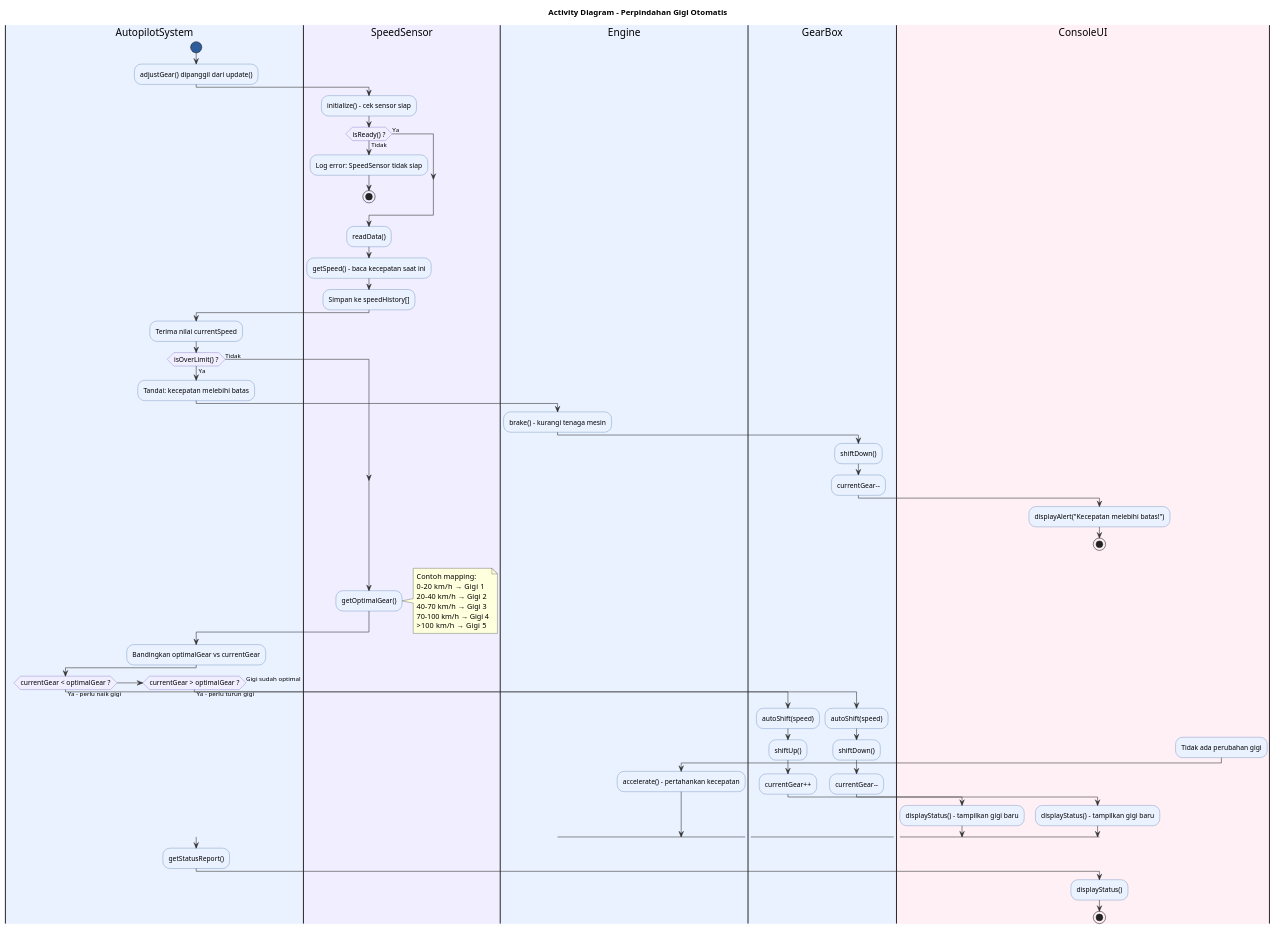
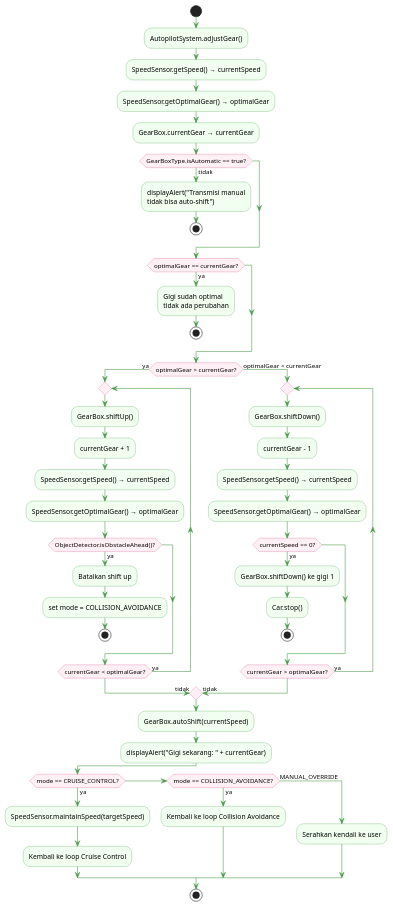
The diagram in PerFitur/PerpindahanGigiOtomatis.wsd (Musya351/OOP1), drawn with PlantUML before and after one commit. The commit also changed 5 other files, not shown here.

```diff
--- a/PerFitur/PerpindahanGigiOtomatis.wsd
+++ b/PerFitur/PerpindahanGigiOtomatis.wsd
@@ -1,91 +1,76 @@
-@startuml 2_PerpindahanGigiOtomatis
+@startuml PerpindahanGigiOtomatis
 
-skinparam ActivityBackgroundColor #EAF2FF
-skinparam ActivityBorderColor #2E5B9A
-skinparam ActivityFontSize 12
-skinparam ArrowColor #333333
-skinparam ActivityDiamondBackgroundColor #F0EEFF
-skinparam ActivityDiamondBorderColor #534AB7
-skinparam ActivityStartColor #2E5B9A
-skinparam ActivityEndColor #2E5B9A
+skinparam ActivityBackgroundColor #F0FFF0
+skinparam ActivityBorderColor #4A9D4A
+skinparam ArrowColor #4A9D4A
+skinparam ActivityDiamondBackgroundColor #FFF0F5
+skinparam ActivityDiamondBorderColor #D94A8C
 
-title Activity Diagram – Perpindahan Gigi Otomatis
+start
 
-|#EAF2FF| AutopilotSystem |
-start
-:adjustGear() dipanggil dari update();
+:AutopilotSystem.adjustGear();
+:SpeedSensor.getSpeed() → currentSpeed;
+:SpeedSensor.getOptimalGear() → optimalGear;
+:GearBox.currentGear → currentGear;
 
-|#F0EEFF| SpeedSensor |
-:initialize() – cek sensor siap;
-
-if (isReady() ?) then (Tidak)
-  :Log error: SpeedSensor tidak siap;
+if (GearBoxType.isAutomatic == true?) then (tidak)
+  :displayAlert("Transmisi manual\ntidak bisa auto-shift");
   stop
-else (Ya)
 endif
 
-:readData();
-:getSpeed() – baca kecepatan saat ini;
-:Simpan ke speedHistory[];
-
-|#EAF2FF| AutopilotSystem |
-:Terima nilai currentSpeed;
-
-if (isOverLimit() ?) then (Ya)
-  :Tandai: kecepatan melebihi batas;
-  |#EAF2FF| Engine |
-  :brake() – kurangi tenaga mesin;
-  |#EAF2FF| GearBox |
-  :shiftDown();
-  :currentGear--;
-  |#FFF0F5| ConsoleUI |
-  :displayAlert("Kecepatan melebihi batas!");
+if (optimalGear == currentGear?) then (ya)
+  :Gigi sudah optimal\ntidak ada perubahan;
   stop
-else (Tidak)
 endif
 
-|#F0EEFF| SpeedSensor |
-:getOptimalGear();
-note right
-  Contoh mapping:
-  0–20 km/h   → Gigi 1
-  20–40 km/h  → Gigi 2
-  40–70 km/h  → Gigi 3
-  70–100 km/h → Gigi 4
-  >100 km/h   → Gigi 5
-end note
+if (optimalGear > currentGear?) then (ya)
 
-|#EAF2FF| AutopilotSystem |
-:Bandingkan optimalGear vs currentGear;
+  repeat
+    :GearBox.shiftUp();
+    :currentGear + 1;
+    :SpeedSensor.getSpeed() → currentSpeed;
+    :SpeedSensor.getOptimalGear() → optimalGear;
 
-if (currentGear < optimalGear ?) then (Ya – perlu naik gigi)
-  |#EAF2FF| GearBox |
-  :autoShift(speed);
-  :shiftUp();
-  :currentGear++;
-  |#FFF0F5| ConsoleUI |
-  :displayStatus() – tampilkan gigi baru;
+    if (ObjectDetector.isObstacleAhead()?) then (ya)
+      :Batalkan shift up;
+      :set mode = COLLISION_AVOIDANCE;
+      stop
+    endif
 
-else if (currentGear > optimalGear ?) then (Ya – perlu turun gigi)
-  |#EAF2FF| GearBox |
-  :autoShift(speed);
-  :shiftDown();
-  :currentGear--;
-  |#FFF0F5| ConsoleUI |
-  :displayStatus() – tampilkan gigi baru;
+  repeat while (currentGear < optimalGear?) is (ya)
+  -> tidak;
 
-else (Gigi sudah optimal)
-  :Tidak ada perubahan gigi;
-  |#EAF2FF| Engine |
-  :accelerate() – pertahankan kecepatan;
+else (optimalGear < currentGear)
+
+  repeat
+    :GearBox.shiftDown();
+    :currentGear - 1;
+    :SpeedSensor.getSpeed() → currentSpeed;
+    :SpeedSensor.getOptimalGear() → optimalGear;
+
+    if (currentSpeed == 0?) then (ya)
+      :GearBox.shiftDown() ke gigi 1;
+      :Car.stop();
+      stop
+    endif
+
+  repeat while (currentGear > optimalGear?) is (ya)
+  -> tidak;
 
 endif
 
-|#EAF2FF| AutopilotSystem |
-:getStatusReport();
-|#FFF0F5| ConsoleUI |
-:displayStatus();
+:GearBox.autoShift(currentSpeed);
+:displayAlert("Gigi sekarang: " + currentGear);
+
+if (mode == CRUISE_CONTROL?) then (ya)
+  :SpeedSensor.maintainSpeed(targetSpeed);
+  :Kembali ke loop Cruise Control;
+elseif (mode == COLLISION_AVOIDANCE?) then (ya)
+  :Kembali ke loop Collision Avoidance;
+else (MANUAL_OVERRIDE)
+  :Serahkan kendali ke user;
+endif
 
 stop
 
 @enduml
```
